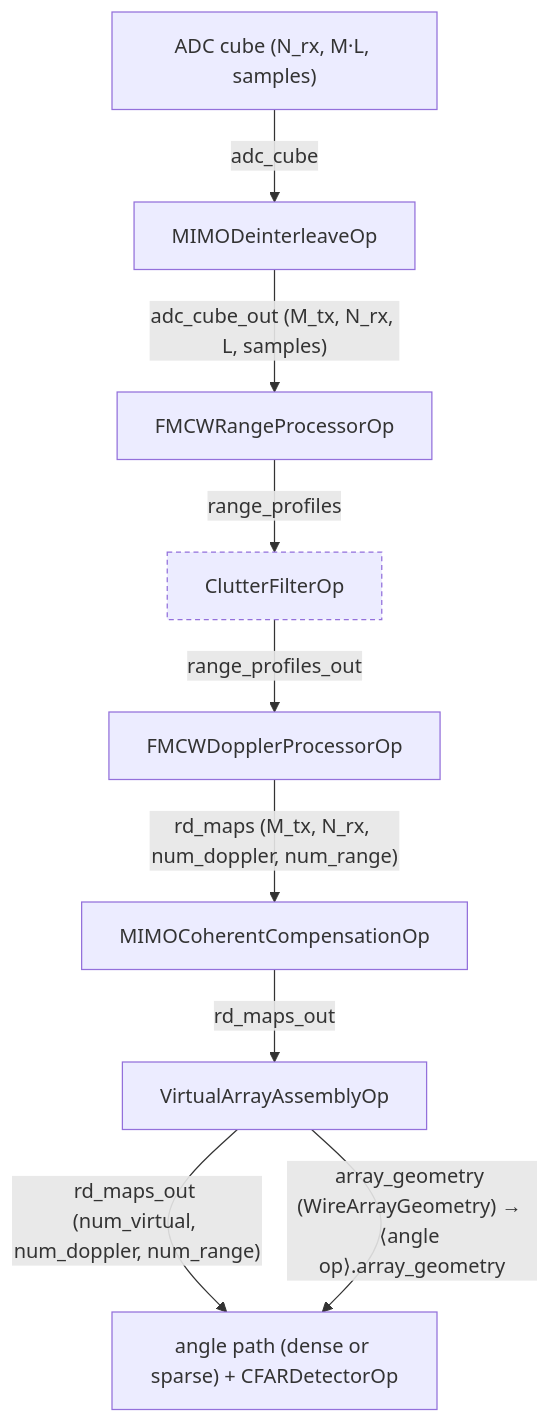
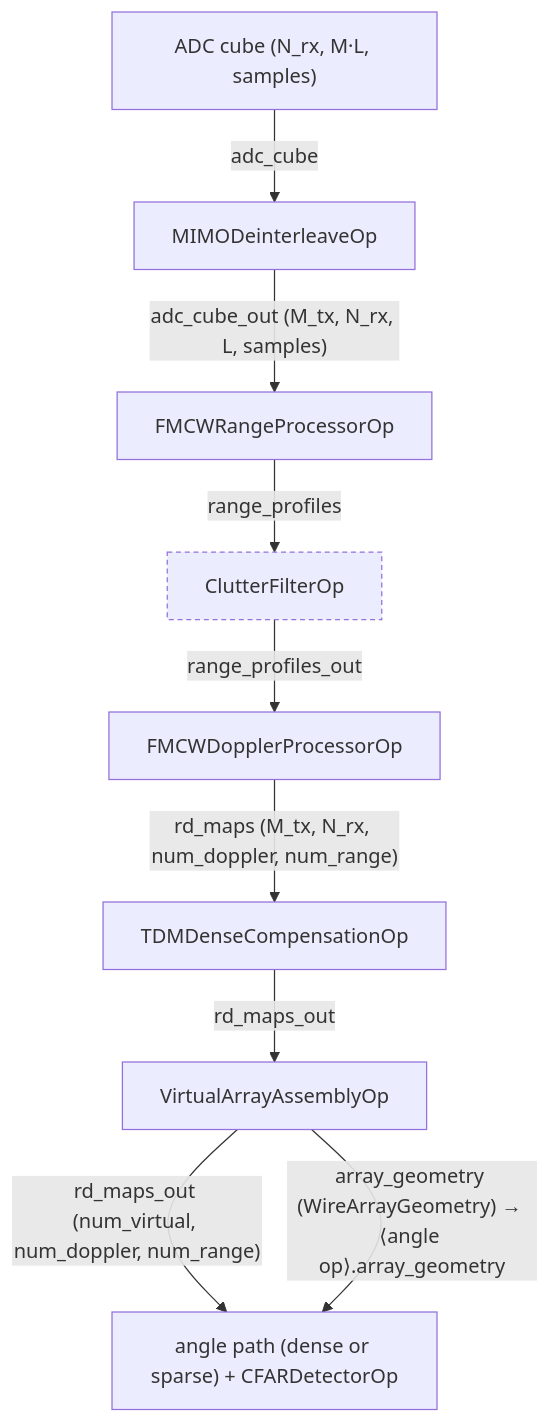
One commit to nvidia-holoscan/holoscan-radar changed the sixth of 9 diagrams in docs/planning/WORKFLOWS.md. Above: the diagram before and after it, drawn with Mermaid. The commit also changed other lines of this file and 114 other files, not shown here.

````diff
--- a/docs/planning/WORKFLOWS.md
+++ b/docs/planning/WORKFLOWS.md
@@ -206,13 +206,13 @@
 ```mermaid
 flowchart TD
   classDef opt stroke-dasharray:4 3
   ADC["ADC cube (N_rx, M·L, samples)"] -->|"adc_cube"| DEINT["MIMODeinterleaveOp"]
   DEINT -->|"adc_cube_out (M_tx, N_rx, L, samples)"| RANGE["FMCWRangeProcessorOp"]
   RANGE -->|"range_profiles"| CLUT["ClutterFilterOp"]
   CLUT -->|"range_profiles_out"| DOPP["FMCWDopplerProcessorOp"]
-  DOPP -->|"rd_maps (M_tx, N_rx, num_doppler, num_range)"| COMP["MIMOCoherentCompensationOp"]
+  DOPP -->|"rd_maps (M_tx, N_rx, num_doppler, num_range)"| COMP["TDMDenseCompensationOp"]
   COMP -->|"rd_maps_out"| VAA["VirtualArrayAssemblyOp"]
   VAA -->|"rd_maps_out (num_virtual, num_doppler, num_range)"| ANGLE["angle path (dense or sparse) + CFARDetectorOp"]
   VAA -->|"array_geometry (WireArrayGeometry) → ⟨angle op⟩.array_geometry"| ANGLE
   class CLUT opt
 ```
````
